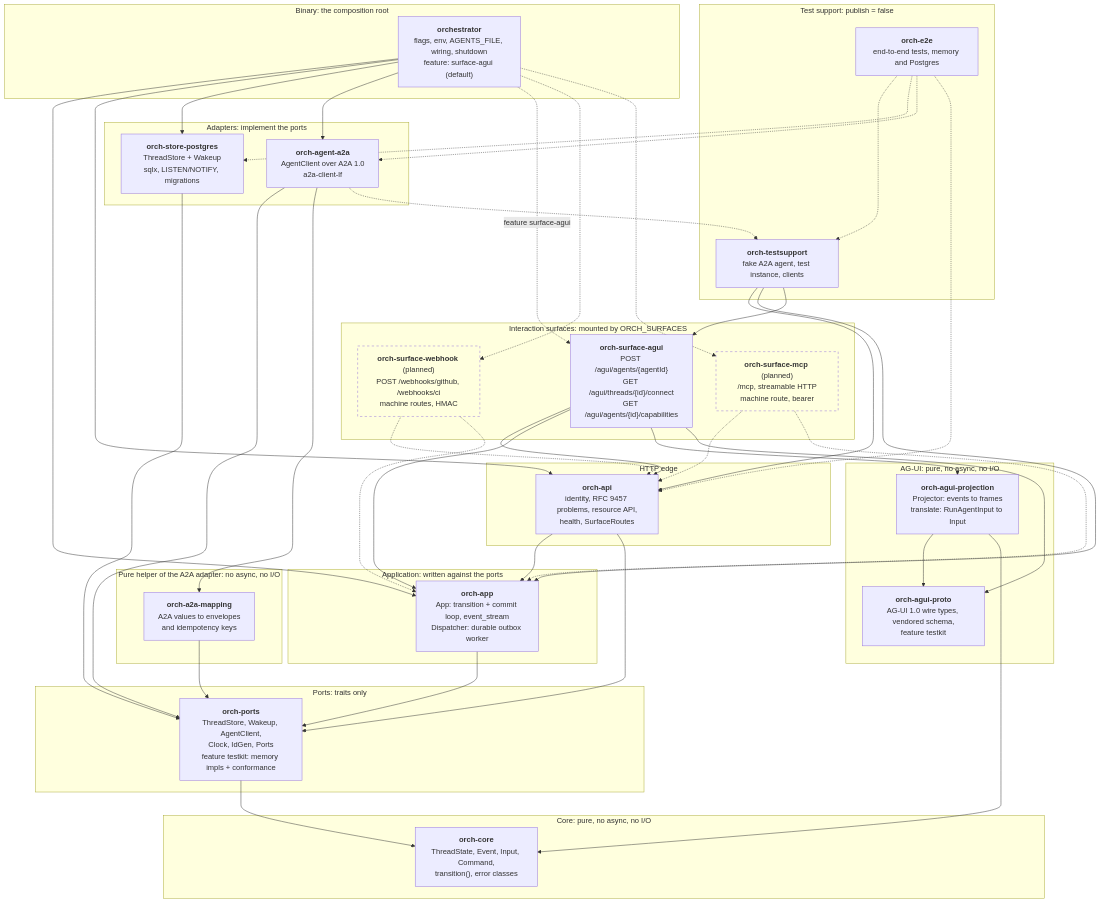
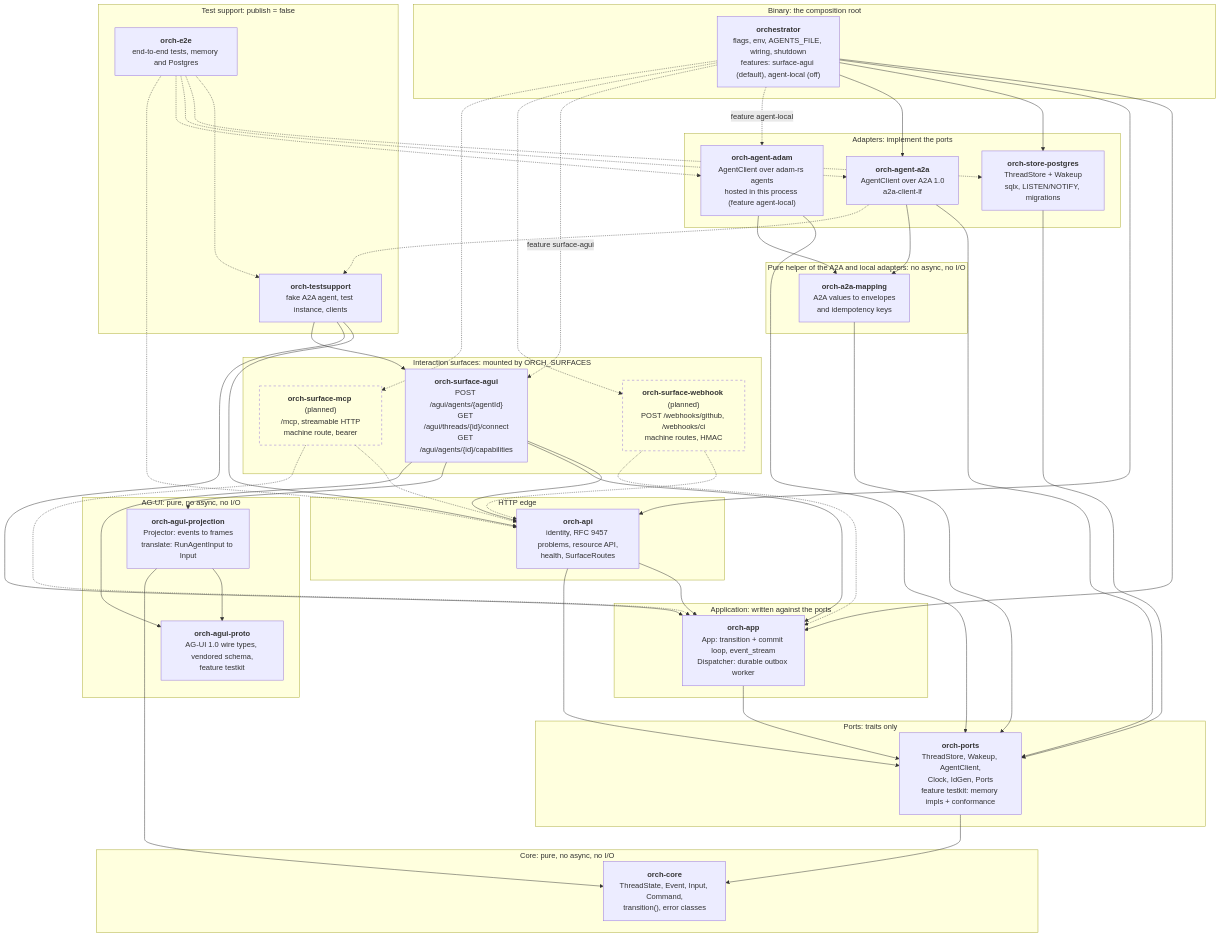
Before and after one commit to vymalo/another-agentic-system: the first of 15 diagrams in docs/orchestrator.md, drawn with Mermaid. The commit also changed other lines of this file and 35 other files, not shown here.

````diff
--- a/docs/orchestrator.md
+++ b/docs/orchestrator.md
@@ -73,74 +73,79 @@
 ```mermaid
 flowchart TB
   subgraph G_CORE["Core: pure, no async, no I/O"]
     core["<b>orch-core</b><br/>ThreadState, Event, Input, Command,<br/>transition(), error classes"]
   end
   subgraph G_PORTS["Ports: traits only"]
     ports["<b>orch-ports</b><br/>ThreadStore, Wakeup, AgentClient,<br/>Clock, IdGen, Ports<br/>feature testkit: memory impls + conformance"]
   end
   subgraph G_ADAPT["Adapters: implement the ports"]
     pg["<b>orch-store-postgres</b><br/>ThreadStore + Wakeup<br/>sqlx, LISTEN/NOTIFY, migrations"]
     a2a["<b>orch-agent-a2a</b><br/>AgentClient over A2A 1.0<br/>a2a-client-lf"]
+    adam["<b>orch-agent-adam</b><br/>AgentClient over adam-rs agents<br/>hosted in this process (feature agent-local)"]
   end
-  subgraph G_MAP["Pure helper of the A2A adapter: no async, no I/O"]
+  subgraph G_MAP["Pure helper of the A2A and local adapters: no async, no I/O"]
     a2amap["<b>orch-a2a-mapping</b><br/>A2A values to envelopes<br/>and idempotency keys"]
   end
   subgraph G_APP["Application: written against the ports"]
     app["<b>orch-app</b><br/>App: transition + commit loop, event_stream<br/>Dispatcher: durable outbox worker"]
   end
   subgraph G_EDGE["HTTP edge"]
     api["<b>orch-api</b><br/>identity, RFC 9457 problems, resource API,<br/>health, SurfaceRoutes"]
   end
   subgraph G_SURF["Interaction surfaces: mounted by ORCH_SURFACES"]
     surfagui["<b>orch-surface-agui</b><br/>POST /agui/agents/{agentId}<br/>GET /agui/threads/{id}/connect<br/>GET /agui/agents/{id}/capabilities"]
     surfwh["<b>orch-surface-webhook</b> (planned)<br/>POST /webhooks/github, /webhooks/ci<br/>machine routes, HMAC"]:::planned
     surfmcp["<b>orch-surface-mcp</b> (planned)<br/>/mcp, streamable HTTP<br/>machine route, bearer"]:::planned
   end
   subgraph G_AGUI["AG-UI: pure, no async, no I/O"]
     proto["<b>orch-agui-proto</b><br/>AG-UI 1.0 wire types, vendored schema,<br/>feature testkit"]
     proj["<b>orch-agui-projection</b><br/>Projector: events to frames<br/>translate: RunAgentInput to Input"]
   end
   subgraph G_BIN["Binary: the composition root"]
-    bin["<b>orchestrator</b><br/>flags, env, AGENTS_FILE, wiring, shutdown<br/>feature: surface-agui (default)"]
+    bin["<b>orchestrator</b><br/>flags, env, AGENTS_FILE, wiring, shutdown<br/>features: surface-agui (default), agent-local (off)"]
   end
   subgraph G_TEST["Test support: publish = false"]
     ts["<b>orch-testsupport</b><br/>fake A2A agent, test instance, clients"]
     e2e["<b>orch-e2e</b><br/>end-to-end tests, memory and Postgres"]
   end
 
   ports --> core
   pg --> ports
   a2a --> ports
   a2a --> a2amap
+  adam --> ports
+  adam --> a2amap
   a2amap --> ports
   app --> ports
   api --> app
   api --> ports
   proj --> proto
   proj --> core
   bin --> app
   bin --> api
   bin --> pg
   bin --> a2a
+  bin -. "feature agent-local" .-> adam
   bin -. "feature surface-agui" .-> surfagui
   surfagui --> api
   surfagui --> app
   surfagui --> proj
   surfagui --> proto
   surfwh -.-> api
   surfwh -.-> app
   surfmcp -.-> api
   surfmcp -.-> app
   bin -.-> surfwh
   bin -.-> surfmcp
   ts --> api
   ts --> app
   ts --> surfagui
   e2e -.-> ts
   e2e -.-> pg
   e2e -.-> a2a
+  e2e -.-> adam
   e2e -.-> api
   a2a -.-> ts
 
   classDef planned stroke-dasharray: 5 5,fill:none
 ```
````
